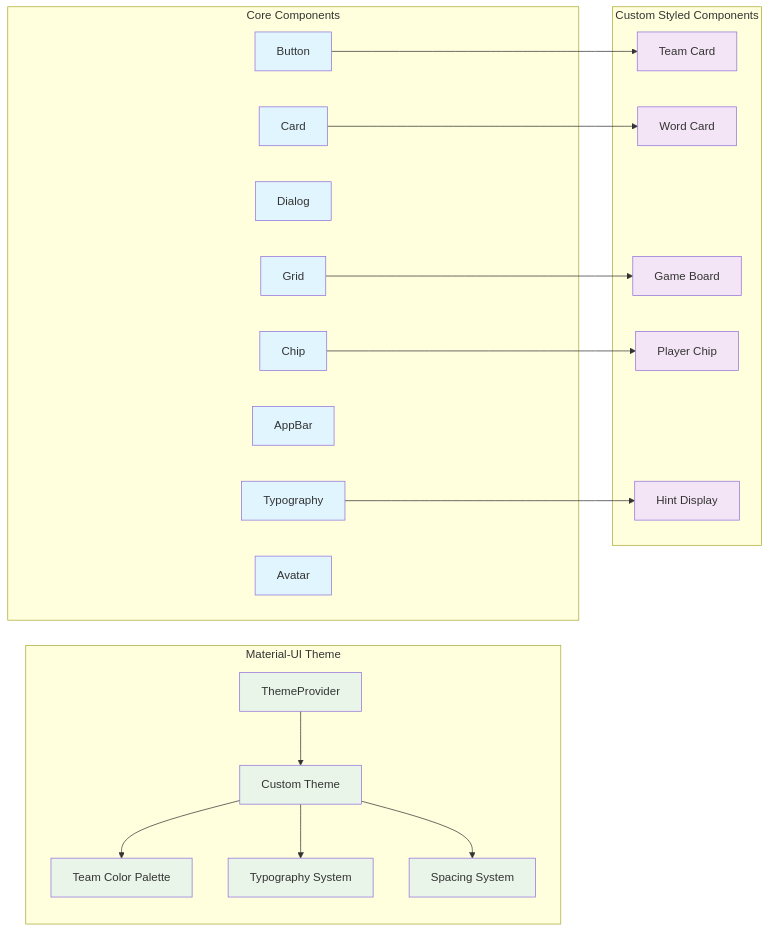
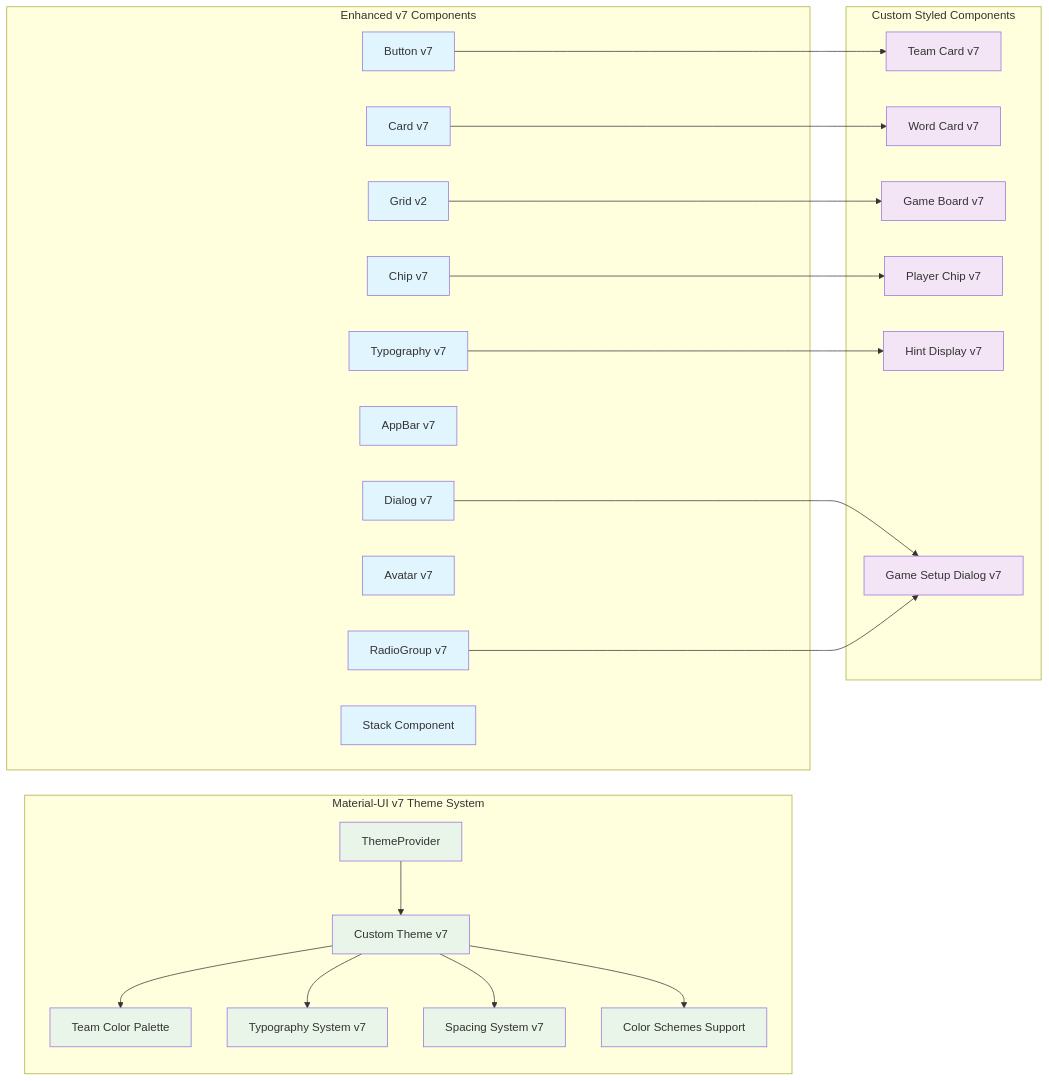
The third of 11 diagrams in docs/frontend.md (psousa50/codenames50), drawn with Mermaid before and after one commit. The commit also changed other lines of this file and 7 other files, not shown here.

````diff
--- a/docs/frontend.md
+++ b/docs/frontend.md
@@ -102,48 +118,55 @@
 ```mermaid
 graph LR
-    subgraph "Material-UI Theme"
+    subgraph "Material-UI v7 Theme System"
         ThemeProvider[ThemeProvider]
-        CustomTheme[Custom Theme]
+        CustomTheme[Custom Theme v7]
         TeamColors[Team Color Palette]
-        Typography[Typography System]
-        Spacing[Spacing System]
+        Typography[Typography System v7]
+        Spacing[Spacing System v7]
+        ColorSchemes[Color Schemes Support]
     end
     
-    subgraph "Core Components"
-        Button[Button]
-        Card[Card]
-        Dialog[Dialog]
-        Grid[Grid]
-        Typography2[Typography]
-        AppBar[AppBar]
-        Chip[Chip]
-        Avatar[Avatar]
+    subgraph "Enhanced v7 Components"
+        Button[Button v7]
+        Card[Card v7]
+        Dialog[Dialog v7]
+        Grid[Grid v2]
+        Typography2[Typography v7]
+        AppBar[AppBar v7]
+        Chip[Chip v7]
+        Avatar[Avatar v7]
+        RadioGroup[RadioGroup v7]
+        Stack[Stack Component]
     end
     
     subgraph "Custom Styled Components"
-        TeamCard[Team Card]
-        WordCard[Word Card]
-        GameBoard[Game Board]
-        PlayerChip[Player Chip]
-        HintDisplay[Hint Display]
+        TeamCard[Team Card v7]
+        WordCard[Word Card v7]
+        GameBoard[Game Board v7]
+        PlayerChip[Player Chip v7]
+        HintDisplay[Hint Display v7]
+        SetupDialog[Game Setup Dialog v7]
     end
     
     ThemeProvider --> CustomTheme
     CustomTheme --> TeamColors
     CustomTheme --> Typography
     CustomTheme --> Spacing
+    CustomTheme --> ColorSchemes
     
     Button --> TeamCard
     Card --> WordCard
     Grid --> GameBoard
     Chip --> PlayerChip
     Typography2 --> HintDisplay
+    Dialog --> SetupDialog
+    RadioGroup --> SetupDialog
     
     classDef theme fill:#e8f5e8
     classDef mui fill:#e1f5fe
     classDef custom fill:#f3e5f5
     
-    class ThemeProvider,CustomTheme,TeamColors,Typography,Spacing theme
-    class Button,Card,Dialog,Grid,Typography2,AppBar,Chip,Avatar mui
-    class TeamCard,WordCard,GameBoard,PlayerChip,HintDisplay custom
+    class ThemeProvider,CustomTheme,TeamColors,Typography,Spacing,ColorSchemes theme
+    class Button,Card,Dialog,Grid,Typography2,AppBar,Chip,Avatar,RadioGroup,Stack mui
+    class TeamCard,WordCard,GameBoard,PlayerChip,HintDisplay,SetupDialog custom
 ```
````
